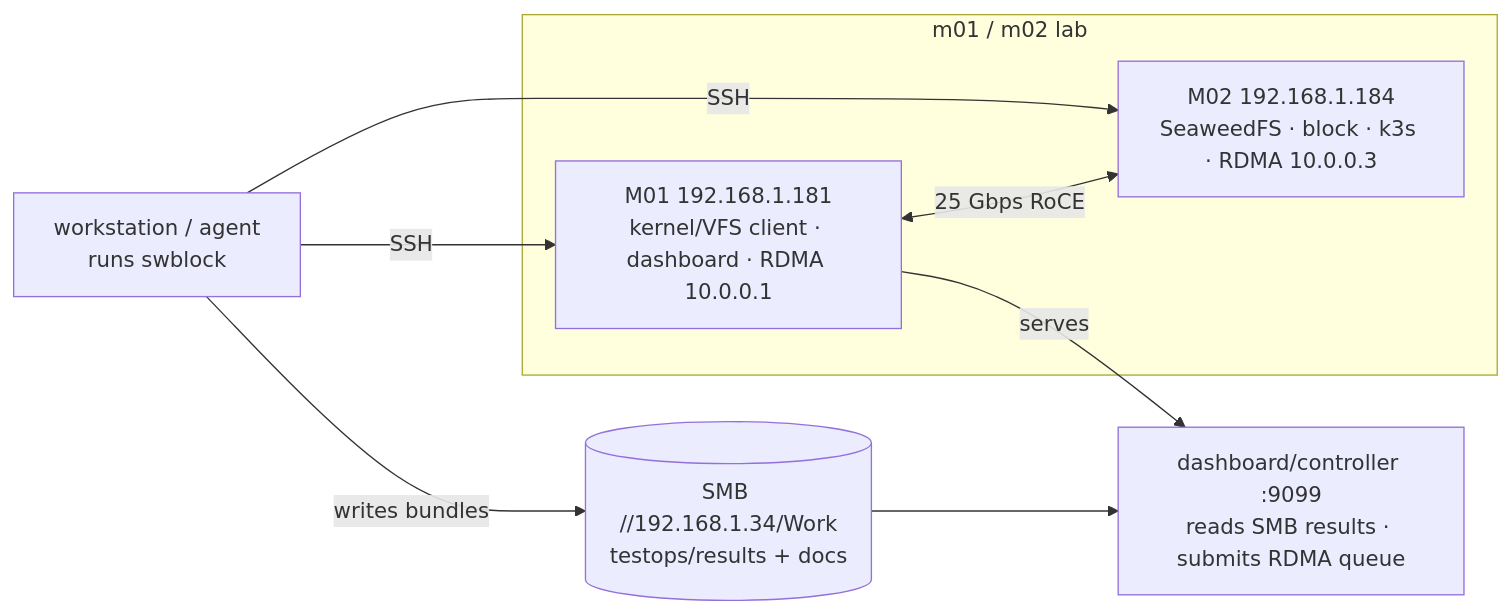
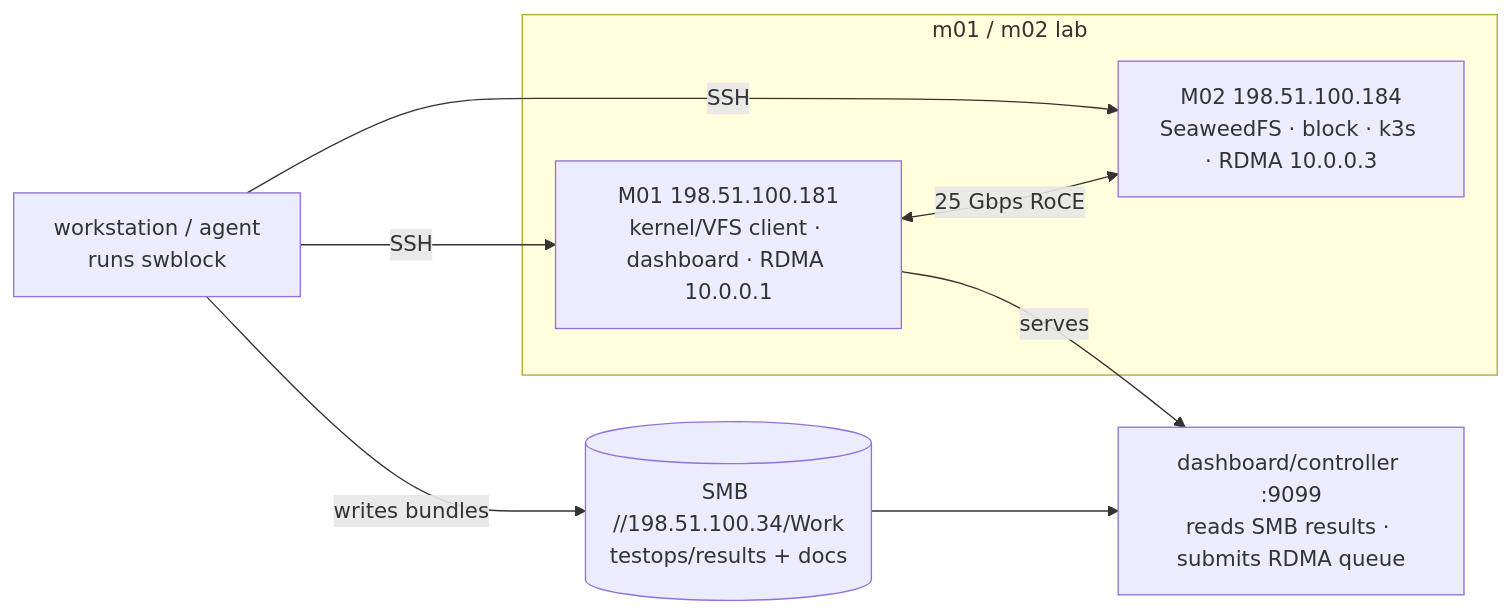
Before and after one commit to pingqiu/sw-test-runner: the diagram in docs/wiki/deploy.md, drawn with Mermaid. The commit also changed other lines of this file and 251 other files, not shown here.

````diff
--- a/docs/wiki/deploy.md
+++ b/docs/wiki/deploy.md
@@ -19,13 +19,13 @@
 ```mermaid
 flowchart LR
   WS["workstation / agent<br/>runs swblock"] -- SSH --> M01
   WS -- SSH --> M02
   subgraph LAB["m01 / m02 lab"]
-    M01["M01 192.168.1.181<br/>kernel/VFS client · dashboard · RDMA 10.0.0.1"]
-    M02["M02 192.168.1.184<br/>SeaweedFS · block · k3s · RDMA 10.0.0.3"]
+    M01["M01 198.51.100.181<br/>kernel/VFS client · dashboard · RDMA 10.0.0.1"]
+    M02["M02 198.51.100.184<br/>SeaweedFS · block · k3s · RDMA 10.0.0.3"]
     M01 <-- "25 Gbps RoCE" --> M02
   end
-  WS -- writes bundles --> SMB[("SMB //192.168.1.34/Work<br/>testops/results + docs")]
+  WS -- writes bundles --> SMB[("SMB //198.51.100.34/Work<br/>testops/results + docs")]
   M01 -- serves --> DASH["dashboard/controller :9099<br/>reads SMB results · submits RDMA queue"]
   SMB --> DASH
 ```
````
